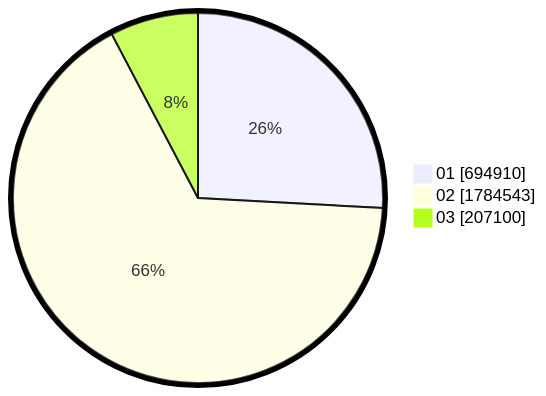
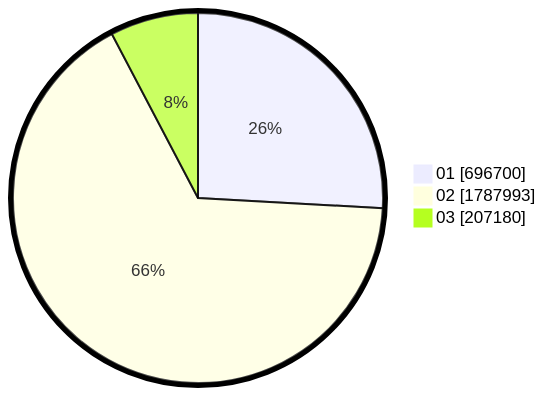
The second of 2 diagrams in pilpres/hitung-suara/sub/table-wilayah-52.md (gigit-pemilu/pemilu-2024), drawn with Mermaid before and after one commit. The commit also changed other lines of this file and 9 other files, not shown here.

````diff
--- a/pilpres/hitung-suara/sub/table-wilayah-52.md
+++ b/pilpres/hitung-suara/sub/table-wilayah-52.md
@@ -15,7 +15,7 @@
 ```mermaid
 %%{init: {"pie": {"textPosition": 0.5}, "themeVariables": {"pieOuterStrokeWidth": "5px"}} }%%
 pie showData
-    "01" : 694910
-    "02" : 1784543
-    "03" : 207100
+    "01" : 696700
+    "02" : 1787993
+    "03" : 207180
 ```
````
